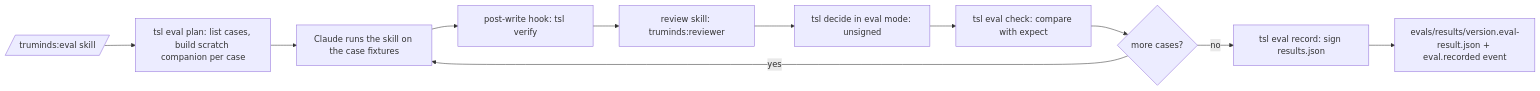
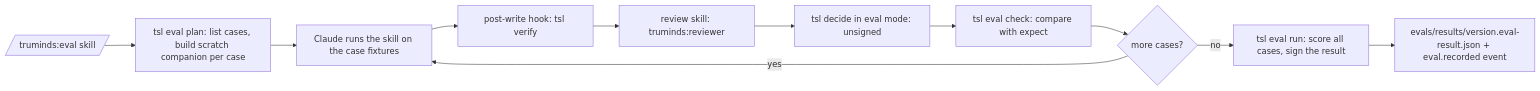
Before and after one commit to puneetsinghnanda/AI-Skill-Library: the fourth of 5 diagrams in docs/design/SDD-01-skill-authoring.md, drawn with Mermaid. The commit also changed other lines of this file and 30 other files, not shown here.

````diff
--- a/docs/design/SDD-01-skill-authoring.md
+++ b/docs/design/SDD-01-skill-authoring.md
@@ -441,13 +441,13 @@
 ```mermaid
 flowchart LR
   A[/truminds:eval skill/] --> B[tsl eval plan: list cases, build scratch companion per case]
   B --> C[Claude runs the skill on the case fixtures]
   C --> D[post-write hook: tsl verify]
   D --> E[review skill: truminds:reviewer]
   E --> F[tsl decide in eval mode: unsigned]
   F --> G[tsl eval check: compare with expect]
   G --> H{more cases?}
   H -- yes --> C
-  H -- no --> I[tsl eval record: sign results.json]
+  H -- no --> I[tsl eval run: score all cases, sign the result]
   I --> J[evals/results/version.eval-result.json + eval.recorded event]
 ```
````
